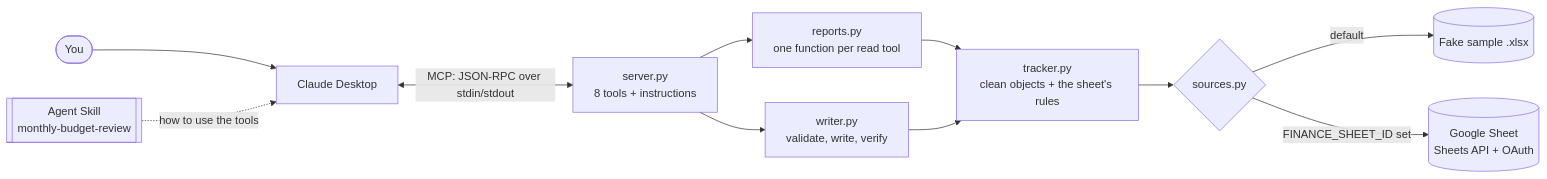
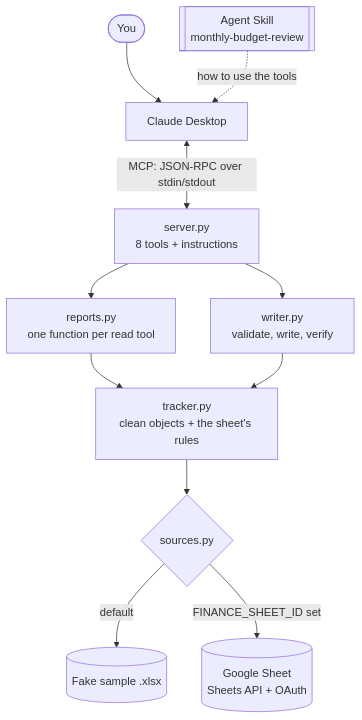
The diagram in README.md (wpixton/MCP-server), drawn with Mermaid before and after one commit.

Commit message:
Draw the README architecture diagram top-down
Left-to-right put all nine boxes in one row, so GitHub shrank the
diagram until it was unreadable. Top-down fits the README column.

````diff
--- a/README.md
+++ b/README.md
@@ -22,13 +22,13 @@
 ```mermaid
-flowchart LR
+flowchart TD
     User([You]) --> Desktop[Claude Desktop]
     Skill[["Agent Skill<br/>monthly-budget-review"]] -. how to use the tools .-> Desktop
     Desktop <-- "MCP: JSON-RPC over stdin/stdout" --> Server["server.py<br/>8 tools + instructions"]
     Server --> Reports["reports.py<br/>one function per read tool"]
     Server --> Writer["writer.py<br/>validate, write, verify"]
     Reports --> Tracker["tracker.py<br/>clean objects + the sheet's rules"]
     Writer --> Tracker
     Tracker --> Sources{"sources.py"}
     Sources -- "default" --> Sample[("Fake sample .xlsx")]
     Sources -- "FINANCE_SHEET_ID set" --> Sheet[("Google Sheet<br/>Sheets API + OAuth")]
 ```
````
